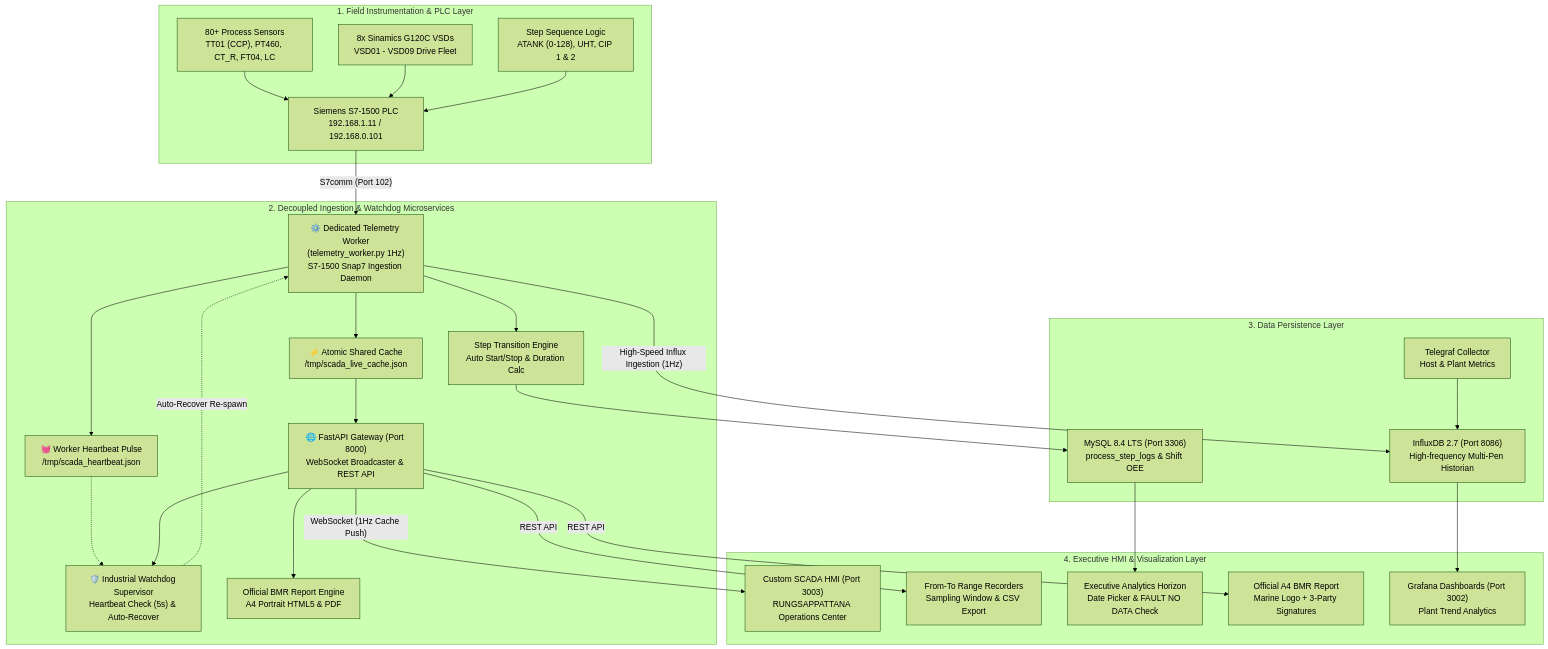
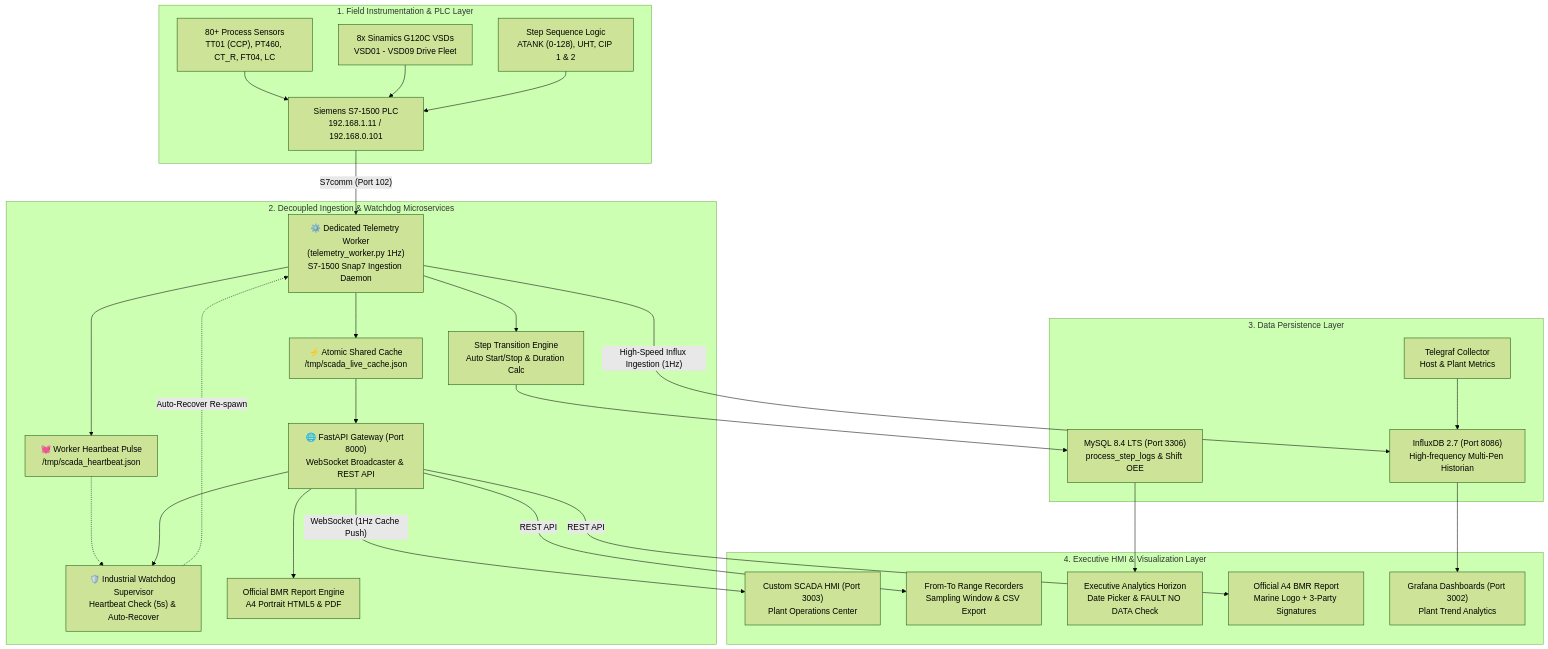
The diagram in README.md (xFreedom777/TH-Pack-DashBoard), drawn with Mermaid (forest theme) before and after one commit. The commit also changed other lines of this file, not shown here.

````diff
--- a/README.md
+++ b/README.md
@@ -49,56 +49,56 @@
 ```mermaid
 graph TD
     subgraph Layer1["1. Field Instrumentation & PLC Layer"]
         PLC["Siemens S7-1500 PLC<br/>192.168.1.11 / 192.168.0.101"]
         Sensors["80+ Process Sensors<br/>TT01 (CCP), PT460, CT_R, FT04, LC"]
         VSDs["8x Sinamics G120C VSDs<br/>VSD01 - VSD09 Drive Fleet"]
         StepEngine["Step Sequence Logic<br/>ATANK (0-128), UHT, CIP 1 & 2"]
         Sensors --> PLC
         VSDs --> PLC
         StepEngine --> PLC
     end
 
     subgraph Layer2["2. Decoupled Ingestion & Watchdog Microservices"]
         Worker["⚙️ Dedicated Telemetry Worker<br/>(telemetry_worker.py 1Hz)<br/>S7-1500 Snap7 Ingestion Daemon"]
         Tracker["Step Transition Engine<br/>Auto Start/Stop & Duration Calc"]
         Supervisor["🛡️ Industrial Watchdog Supervisor<br/>Heartbeat Check (5s) & Auto-Recover"]
         Cache["⚡ Atomic Shared Cache<br/>/tmp/scada_live_cache.json"]
         Heartbeat["💓 Worker Heartbeat Pulse<br/>/tmp/scada_heartbeat.json"]
         Backend["🌐 FastAPI Gateway (Port 8000)<br/>WebSocket Broadcaster & REST API"]
         Reporter["Official BMR Report Engine<br/>A4 Portrait HTML5 & PDF"]
 
         PLC -- S7comm (Port 102) --> Worker
         Worker --> Tracker
         Worker --> Cache
         Worker --> Heartbeat
         Supervisor -.->|Auto-Recover Re-spawn| Worker
         Heartbeat -.-> Supervisor
         Backend --> Supervisor
         Cache --> Backend
         Backend --> Reporter
     end
 
     subgraph Layer3["3. Data Persistence Layer"]
         InfluxDB["InfluxDB 2.7 (Port 8086)<br/>High-frequency Multi-Pen Historian"]
         MySQL["MySQL 8.4 LTS (Port 3306)<br/>process_step_logs & Shift OEE"]
         Telegraf["Telegraf Collector<br/>Host & Plant Metrics"]
         
         Worker -- High-Speed Influx Ingestion (1Hz) --> InfluxDB
         Tracker --> MySQL
         Telegraf --> InfluxDB
     end
 
     subgraph Layer4["4. Executive HMI & Visualization Layer"]
-        SCADA["Custom SCADA HMI (Port 3003)<br/>RUNGSAPPATTANA Operations Center"]
+        SCADA["Custom SCADA HMI (Port 3003)<br/>Plant Operations Center"]
         HistorianUI["From-To Range Recorders<br/>Sampling Window & CSV Export"]
         OverviewUI["Executive Analytics Horizon<br/>Date Picker & FAULT NO DATA Check"]
         BMRDoc["Official A4 BMR Report<br/>Marine Logo + 3-Party Signatures"]
         Grafana["Grafana Dashboards (Port 3002)<br/>Plant Trend Analytics"]
 
         Backend -- WebSocket (1Hz Cache Push) --> SCADA
         Backend -- REST API --> HistorianUI
         Backend -- REST API --> BMRDoc
         MySQL --> OverviewUI
         InfluxDB --> Grafana
     end
 ```
````
